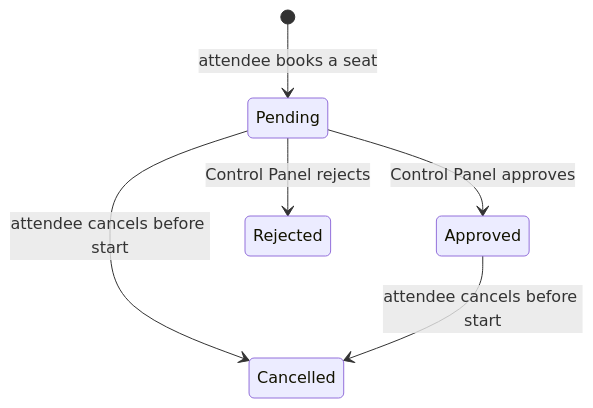
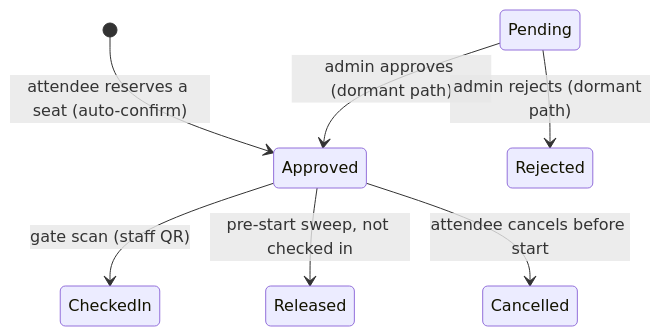
One commit to Zagali-ICT/simf changed the diagram in docs/SIMF-FDS-005-Bookings-and-Attendance.md. Above: the diagram before and after it, drawn with Mermaid. The commit also changed other lines of this file and 640 other files, not shown here.

````diff
--- a/docs/SIMF-FDS-005-Bookings-and-Attendance.md
+++ b/docs/SIMF-FDS-005-Bookings-and-Attendance.md
@@ -66,8 +71,9 @@
 ```mermaid
 stateDiagram-v2
-    [*] --> Pending : attendee books a seat
-    Pending --> Approved : Control Panel approves
-    Pending --> Rejected : Control Panel rejects
-    Pending --> Cancelled : attendee cancels before start
+    [*] --> Approved : attendee reserves a seat (auto-confirm)
+    Approved --> CheckedIn : gate scan (staff QR)
+    Approved --> Released : pre-start sweep, not checked in
     Approved --> Cancelled : attendee cancels before start
+    Pending --> Approved : admin approves (dormant path)
+    Pending --> Rejected : admin rejects (dormant path)
 ```
````
